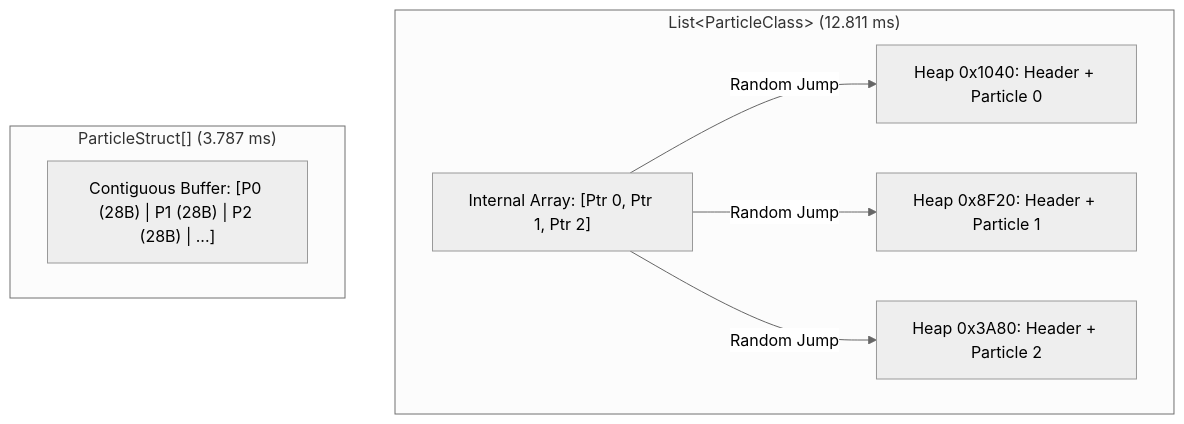
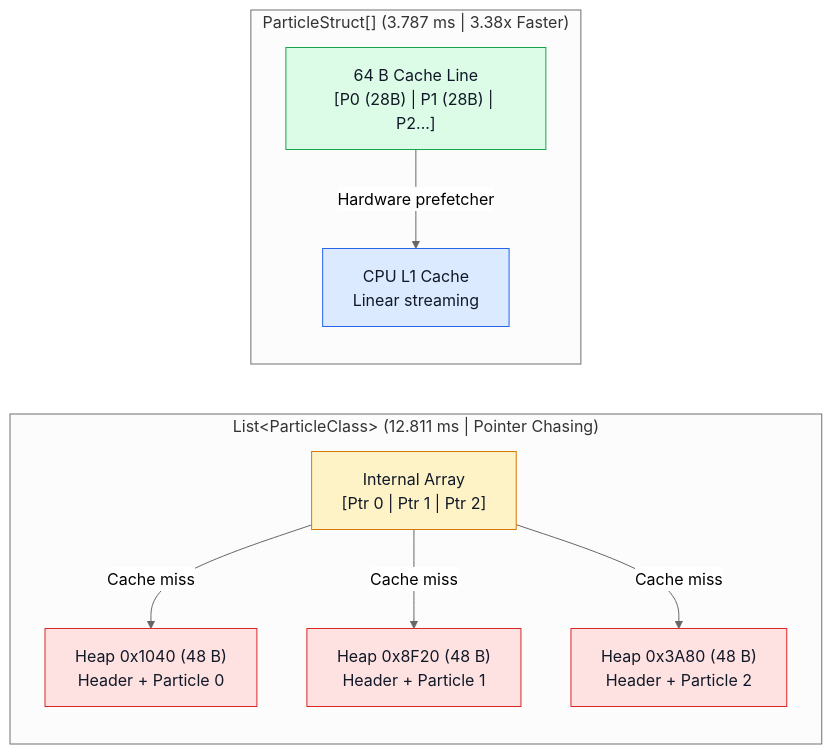
One commit to LevyArsOS/csharp-lessons changed the diagram in CSharpLessons/DataLocality/Tutorial/en.md. Above: the diagram before and after it, drawn with Mermaid (neutral theme). The commit also changed other lines of this file and 5 other files, not shown here.

First line of the commit message:
docs(tutorials): fix DelegateCaching labels and upgrade Mermaid diagrams

````diff
--- a/CSharpLessons/DataLocality/Tutorial/en.md
+++ b/CSharpLessons/DataLocality/Tutorial/en.md
@@ -41,11 +41,17 @@
 ```mermaid
-flowchart TD
-    subgraph Scattered["List&lt;ParticleClass&gt; (12.811 ms)"]
-        L["Internal Array: [Ptr 0, Ptr 1, Ptr 2]"] -->|"Random Jump"| H0["Heap 0x1040: Header + Particle 0"]
-        L -->|"Random Jump"| H1["Heap 0x8F20: Header + Particle 1"]
-        L -->|"Random Jump"| H2["Heap 0x3A80: Header + Particle 2"]
+flowchart LR
+    classDef slow fill:#fee2e2,stroke:#dc2626,color:#111827
+    classDef fast fill:#dcfce7,stroke:#16a34a,color:#111827
+    classDef hw fill:#dbeafe,stroke:#2563eb,color:#111827
+    classDef warn fill:#fef3c7,stroke:#d97706,color:#111827
+
+    subgraph Scattered["List&lt;ParticleClass&gt; (12.811 ms | Pointer Chasing)"]
+        L["Internal Array<br/>[Ptr 0 | Ptr 1 | Ptr 2]"]:::warn -->|"Cache miss"| H0["Heap 0x1040 (48 B)<br/>Header + Particle 0"]:::slow
+        L -->|"Cache miss"| H1["Heap 0x8F20 (48 B)<br/>Header + Particle 1"]:::slow
+        L -->|"Cache miss"| H2["Heap 0x3A80 (48 B)<br/>Header + Particle 2"]:::slow
     end
-    subgraph Contiguous["ParticleStruct[] (3.787 ms)"]
-        C["Contiguous Buffer: [P0 (28B) | P1 (28B) | P2 (28B) | ...]"]
+
+    subgraph Contiguous["ParticleStruct[] (3.787 ms | 3.38x Faster)"]
+        C["64 B Cache Line<br/>[P0 (28B) | P1 (28B) | P2...]"]:::fast -->|"Hardware prefetcher"| CPU["CPU L1 Cache<br/>Linear streaming"]:::hw
     end
 ```
````
